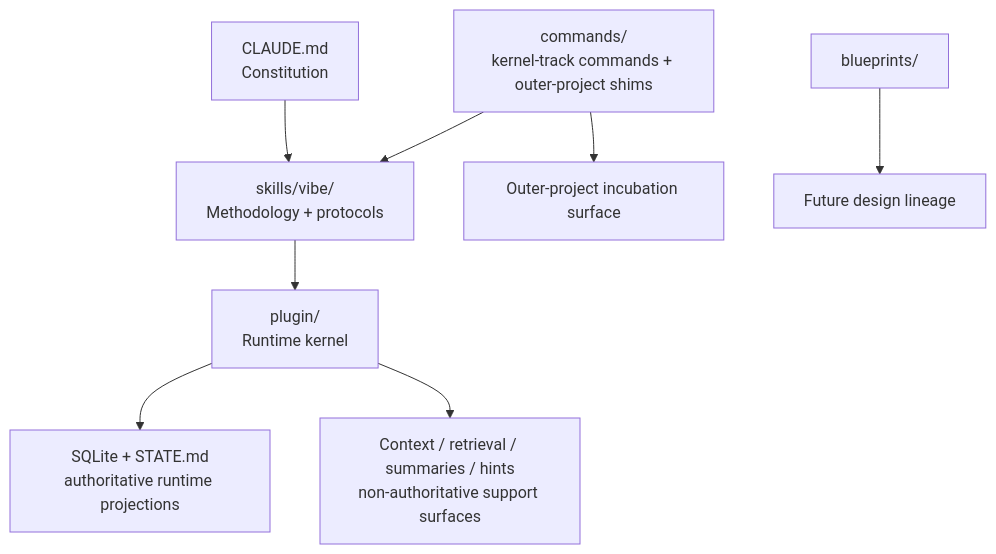
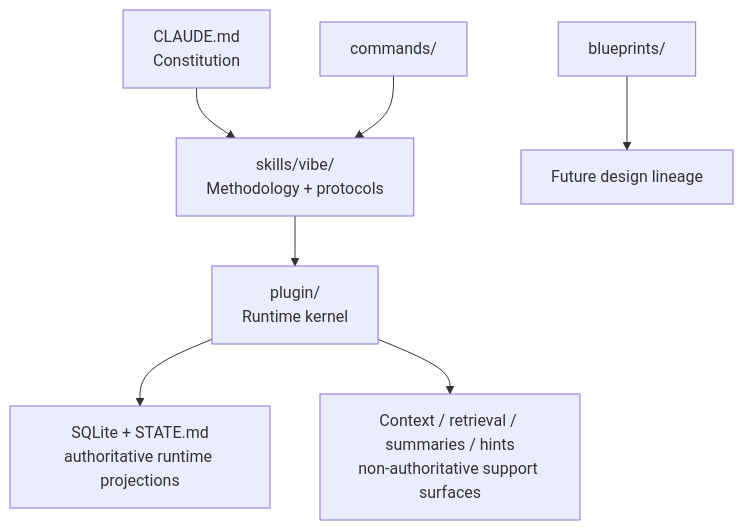
Before and after one commit to th3vib3coder/vibe-science: the first of 2 diagrams in blueprints/CURRENT-VIBE-SCIENCE-SYSTEM-MAP.md, drawn with Mermaid. The commit also changed other lines of this file and 65 other files, not shown here.

````diff
--- a/blueprints/CURRENT-VIBE-SCIENCE-SYSTEM-MAP.md
+++ b/blueprints/CURRENT-VIBE-SCIENCE-SYSTEM-MAP.md
@@ -36,10 +36,9 @@
 ```mermaid
 flowchart TD
     A["CLAUDE.md<br/>Constitution"] --> B["skills/vibe/<br/>Methodology + protocols"]
     B --> C["plugin/<br/>Runtime kernel"]
     C --> D["SQLite + STATE.md<br/>authoritative runtime projections"]
     C --> E["Context / retrieval / summaries / hints<br/>non-authoritative support surfaces"]
-    F["commands/<br/>kernel-track commands + outer-project shims"] --> B
-    F --> G["Outer-project incubation surface"]
-    H["blueprints/"] --> I["Future design lineage"]
+    F["commands/"] --> B
+    G["blueprints/"] --> H["Future design lineage"]
 ```
````
